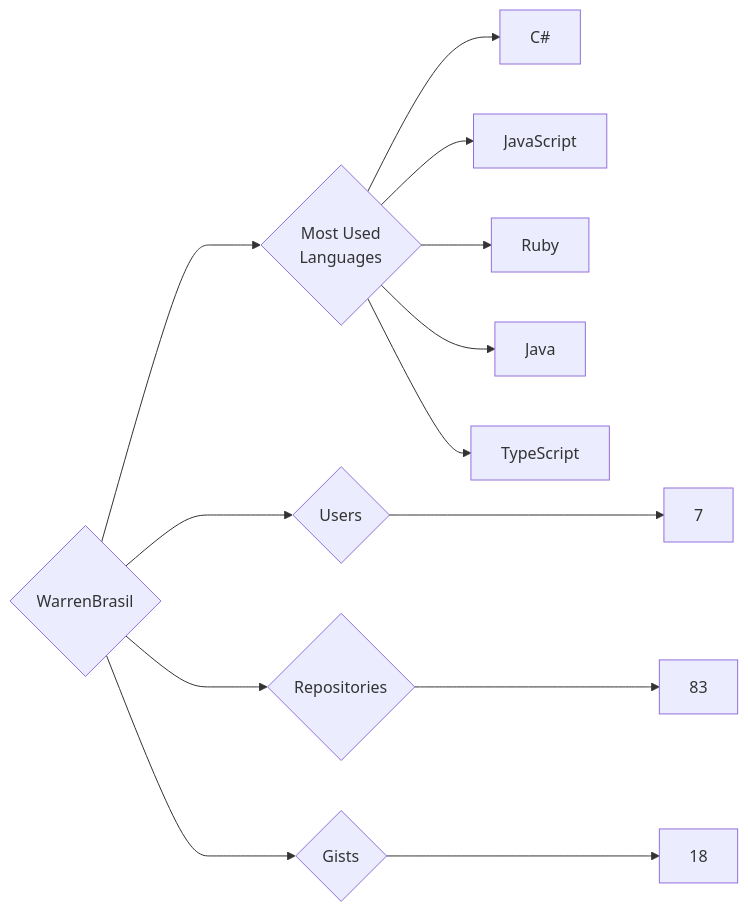
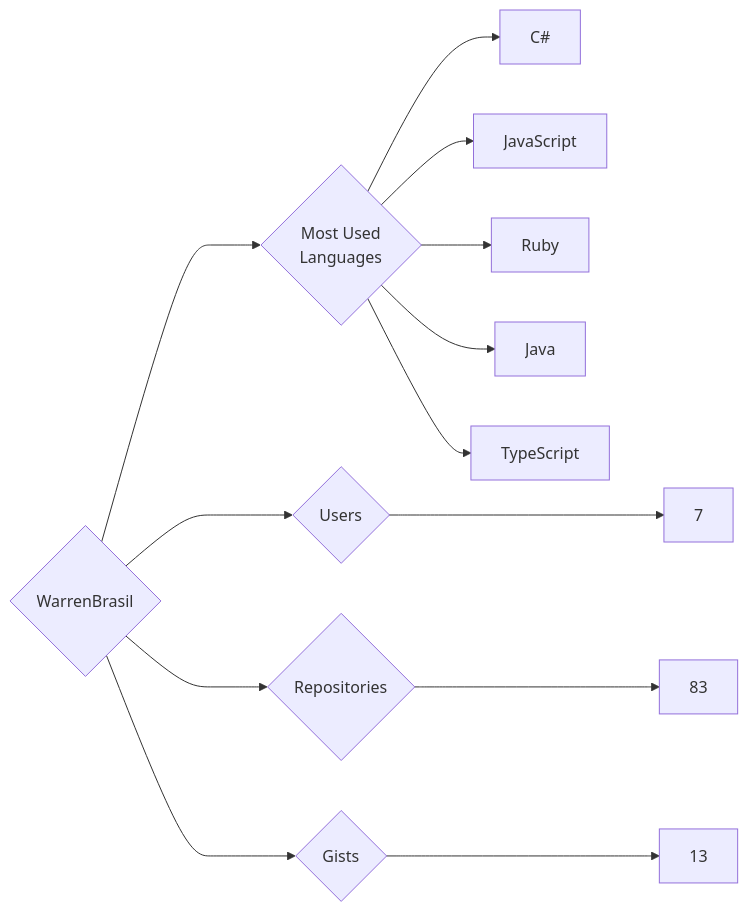
One commit to trickest/insiders changed the diagram in targets/WarrenBrasil/README.md. Above: the diagram before and after it, drawn with Mermaid. The commit also changed 765 other files, not shown here.

````diff
--- a/targets/WarrenBrasil/README.md
+++ b/targets/WarrenBrasil/README.md
@@ -3,13 +3,13 @@
 ```mermaid
 graph LR
 COMPANY_NAME{WarrenBrasil}
 COMPANY_NAME ---> U{Users} ---> UN[7]
 COMPANY_NAME ---> R{Repositories} ---> RN[83]
-COMPANY_NAME ---> G{Gists} ---> GN[18]
+COMPANY_NAME ---> G{Gists} ---> GN[13]
 COMPANY_NAME ---> ML{Most Used<br>Languages}
 ML --> C#[C#]
 ML --> JavaScript[JavaScript]
 ML --> Ruby[Ruby]
 ML --> Java[Java]
 ML --> TypeScript[TypeScript]
 ```
````
